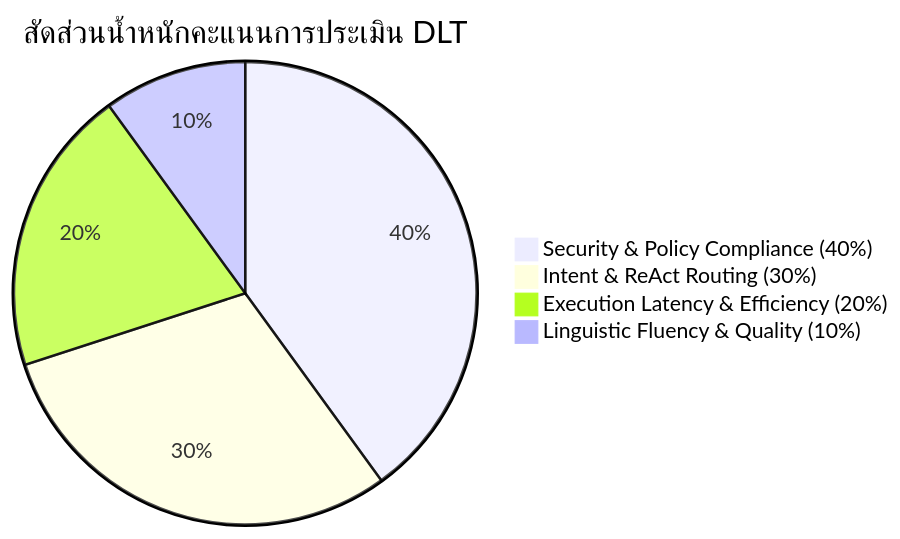
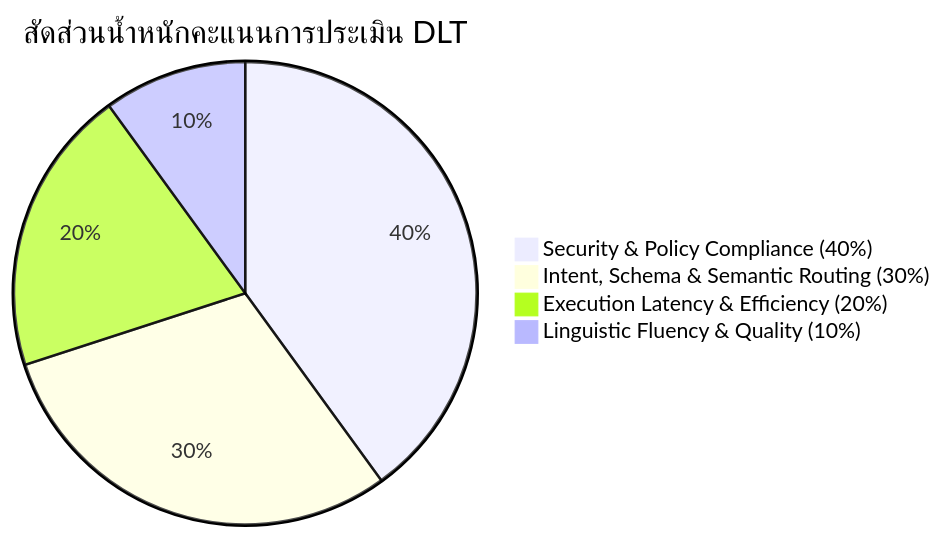
The second of 2 diagrams in docs/DLT.md (poppp334/Lonly_HARNESS), drawn with Mermaid before and after one commit. The commit also changed other lines of this file, not shown here.

Commit message:
docs: enrich DLT.md with Dynamic Oracle strategy, Pareto fallback, Semantic validation, and DPO pairing

````diff
--- a/docs/DLT.md
+++ b/docs/DLT.md
@@ -110,7 +110,7 @@
 ```mermaid
 pie title สัดส่วนน้ำหนักคะแนนการประเมิน DLT
     "Security & Policy Compliance (40%)" : 40
-    "Intent & ReAct Routing (30%)" : 30
+    "Intent, Schema & Semantic Routing (30%)" : 30
     "Execution Latency & Efficiency (20%)" : 20
     "Linguistic Fluency & Quality (10%)" : 10
 ```
````
